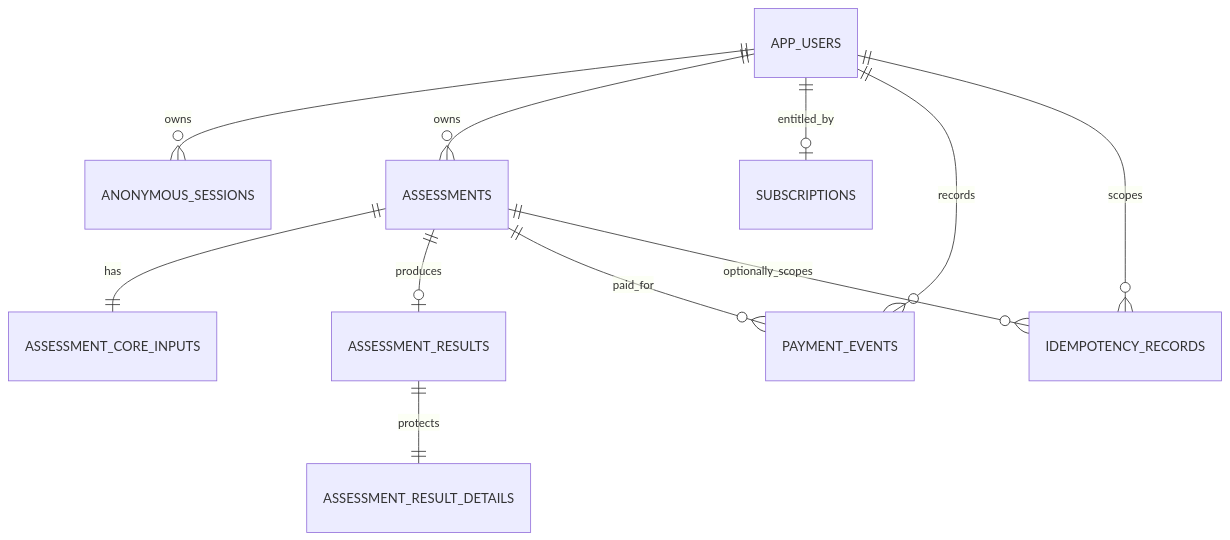
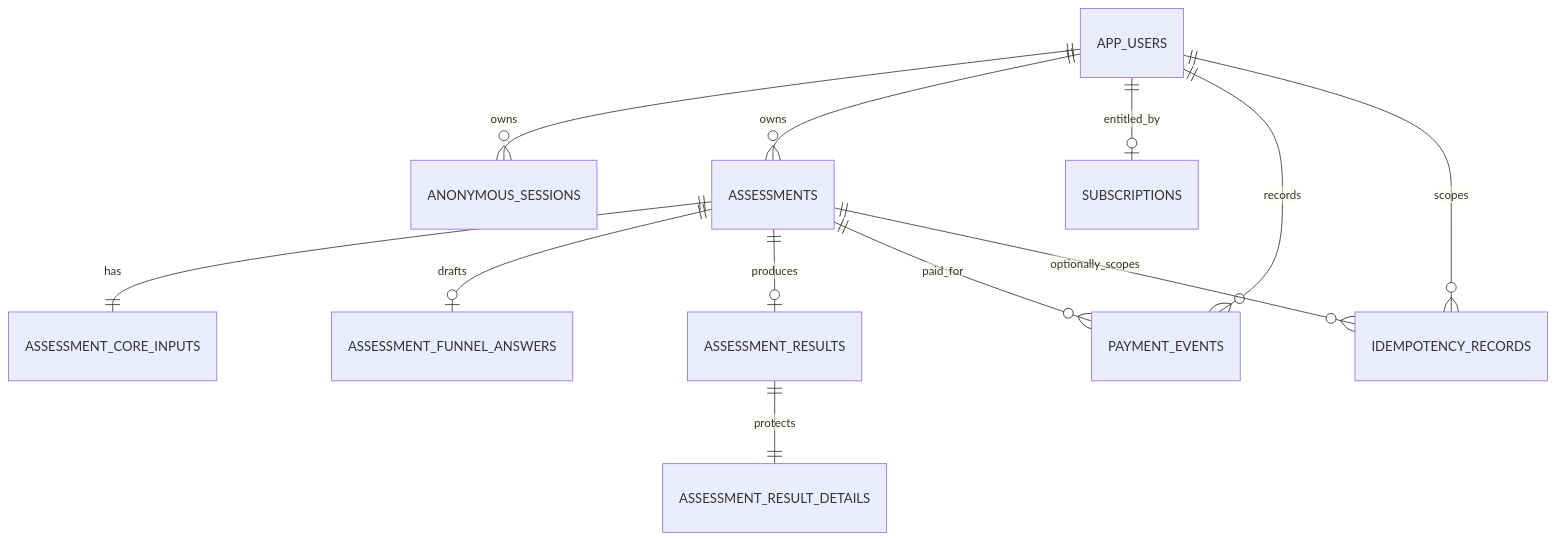
The diagram in README.md (RomanticD/health-assessment-funnel), drawn with Mermaid before and after one commit. The commit also changed other lines of this file and 23 other files, not shown here.

Commit message:
feat: redesign personal funnel and persist fifteen answers

````diff
--- a/README.md
+++ b/README.md
@@ -104,13 +104,14 @@
 ```mermaid
 erDiagram
   APP_USERS ||--o{ ANONYMOUS_SESSIONS : owns
   APP_USERS ||--o{ ASSESSMENTS : owns
   ASSESSMENTS ||--|| ASSESSMENT_CORE_INPUTS : has
+  ASSESSMENTS ||--o| ASSESSMENT_FUNNEL_ANSWERS : drafts
   ASSESSMENTS ||--o| ASSESSMENT_RESULTS : produces
   ASSESSMENT_RESULTS ||--|| ASSESSMENT_RESULT_DETAILS : protects
   APP_USERS ||--o| SUBSCRIPTIONS : entitled_by
   APP_USERS ||--o{ PAYMENT_EVENTS : records
   ASSESSMENTS ||--o{ PAYMENT_EVENTS : paid_for
   APP_USERS ||--o{ IDEMPOTENCY_RECORDS : scopes
   ASSESSMENTS ||--o{ IDEMPOTENCY_RECORDS : optionally_scopes
 ```
````
